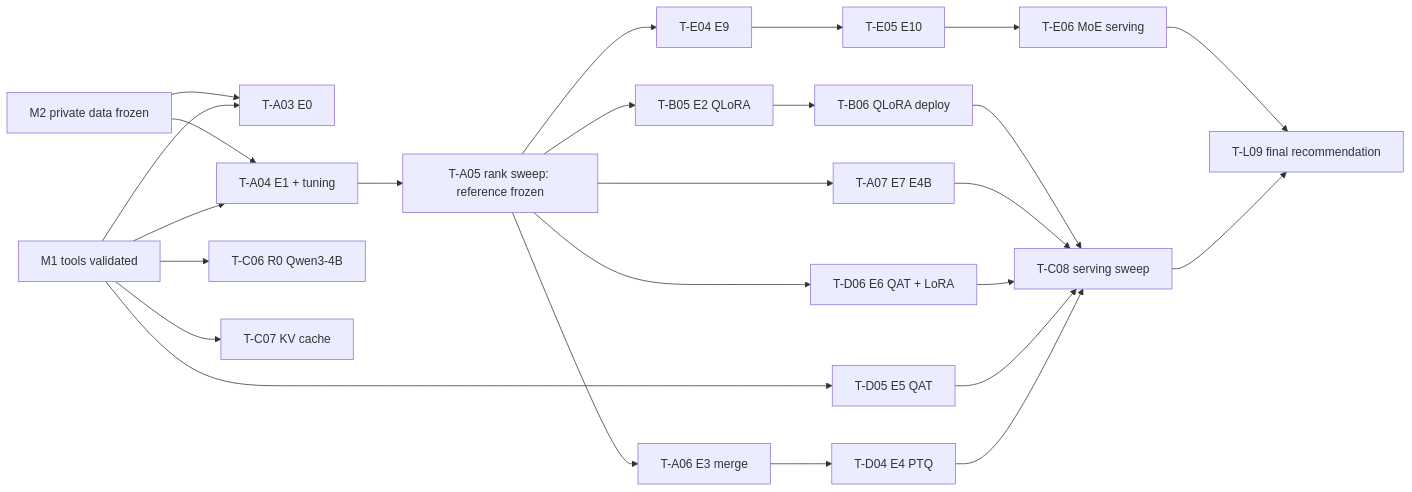
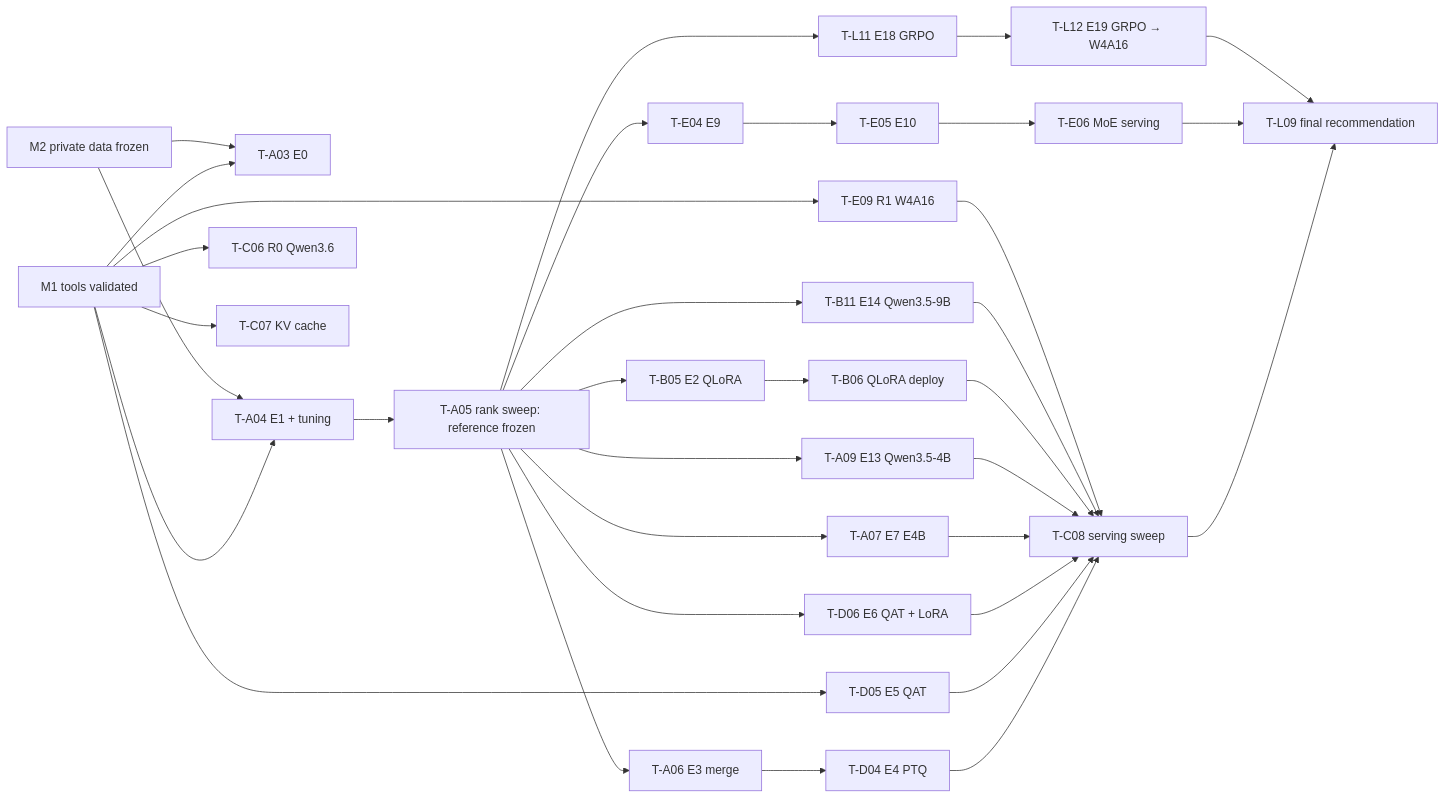
Before and after one commit to hidrochin/llm-optimization-lab: the diagram in TASKS.md, drawn with Mermaid. The commit also changed other lines of this file and 4 other files, not shown here.

````diff
--- a/TASKS.md
+++ b/TASKS.md
@@ -109,12 +110,14 @@
 ```mermaid
 flowchart LR
     M1["M1 tools validated"] & M2["M2 private data frozen"] --> A03["T-A03 E0"] & A04["T-A04 E1 + tuning"]
     A04 --> A05["T-A05 rank sweep: reference frozen"]
     A05 --> A06["T-A06 E3 merge"] & A07["T-A07 E7 E4B"] & B05["T-B05 E2 QLoRA"] & D06["T-D06 E6 QAT + LoRA"] & E04["T-E04 E9"]
+    A05 --> A09["T-A09 E13 Qwen3.5-4B"] & B11["T-B11 E14 Qwen3.5-9B"] & L11["T-L11 E18 GRPO"]
     A06 --> D04["T-D04 E4 PTQ"]
-    M1 --> D05["T-D05 E5 QAT"] & C06["T-C06 R0 Qwen3-4B"] & C07["T-C07 KV cache"]
+    M1 --> D05["T-D05 E5 QAT"] & C06["T-C06 R0 Qwen3.6"] & C07["T-C07 KV cache"] & E09["T-E09 R1 W4A16"]
     B05 --> B06["T-B06 QLoRA deploy"]
     E04 --> E05["T-E05 E10"] --> E06["T-E06 MoE serving"]
-    D04 & D05 & D06 & A07 & B06 --> C08["T-C08 serving sweep"]
-    C08 & E06 --> L09["T-L09 final recommendation"]
+    L11 --> L12["T-L12 E19 GRPO → W4A16"]
+    D04 & D05 & D06 & A07 & A09 & B06 & B11 & E09 --> C08["T-C08 serving sweep"]
+    C08 & E06 & L12 --> L09["T-L09 final recommendation"]
 ```
````
